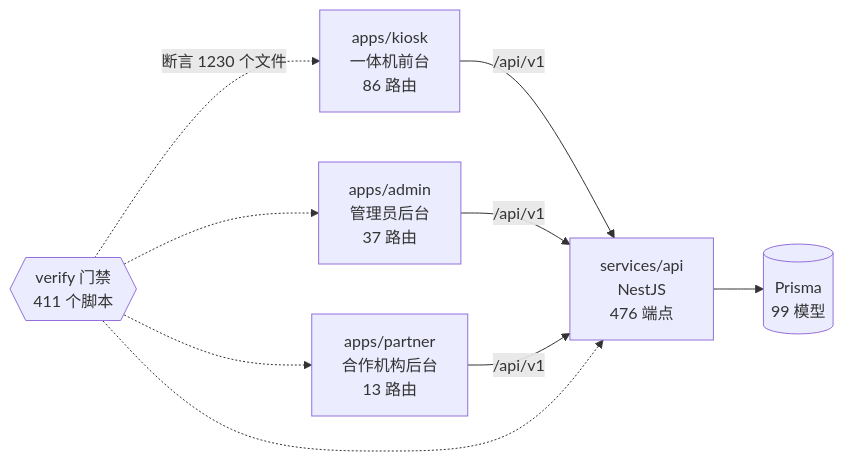
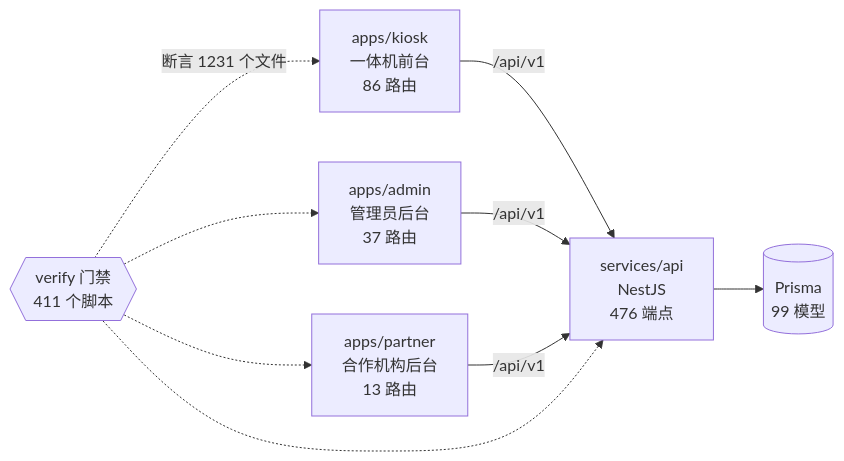
One commit to wanglei581/YITIJI changed the diagram in docs/graph/README.md. Above: the diagram before and after it, drawn with Mermaid. The commit also changed other lines of this file and 18 other files, not shown here.

````diff
--- a/docs/graph/README.md
+++ b/docs/graph/README.md
@@ -68,18 +68,18 @@
 ```mermaid
 flowchart LR
   kiosk["apps/kiosk<br/>一体机前台<br/>86 路由"]
   admin["apps/admin<br/>管理员后台<br/>37 路由"]
   partner["apps/partner<br/>合作机构后台<br/>13 路由"]
   api["services/api<br/>NestJS<br/>476 端点"]
   db[("Prisma<br/>99 模型")]
   gates{{"verify 门禁<br/>411 个脚本"}}
 
   kiosk -->|"/api/v1"| api
   admin -->|"/api/v1"| api
   partner -->|"/api/v1"| api
   api --> db
-  gates -.->|"断言 1230 个文件"| kiosk
+  gates -.->|"断言 1231 个文件"| kiosk
   gates -.-> admin
   gates -.-> partner
   gates -.-> api
 ```
````
